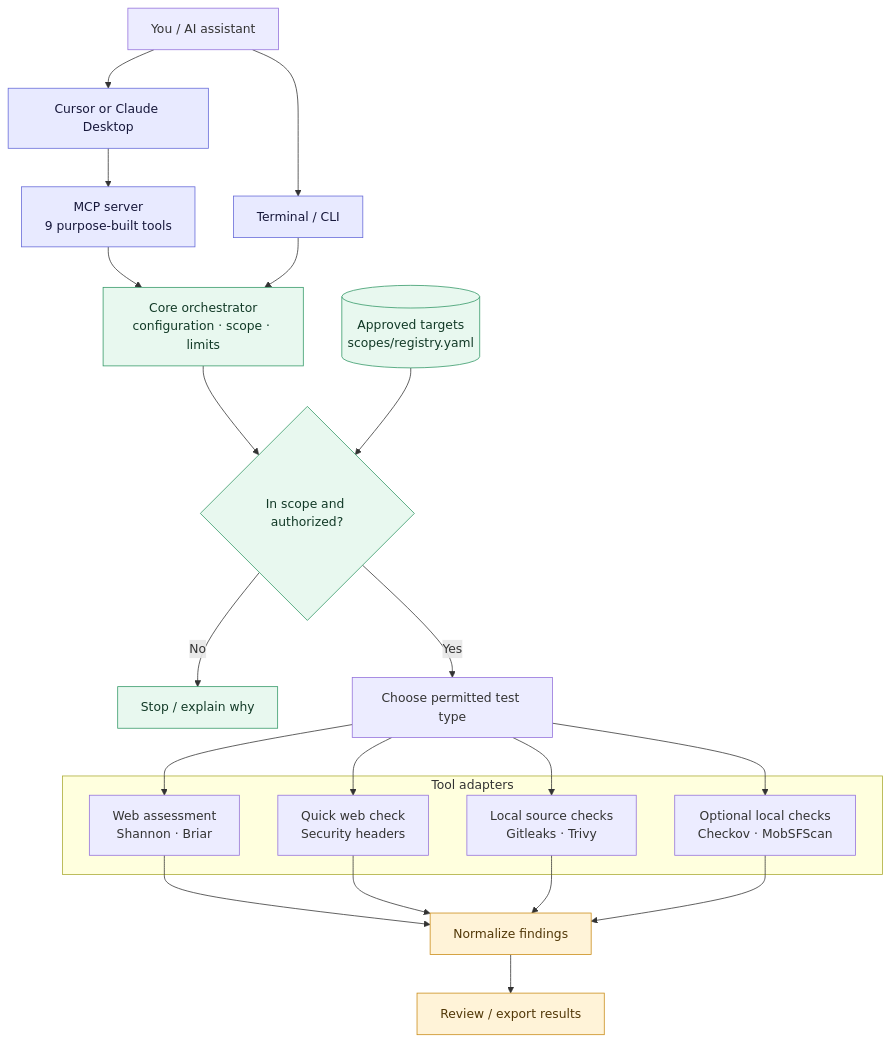
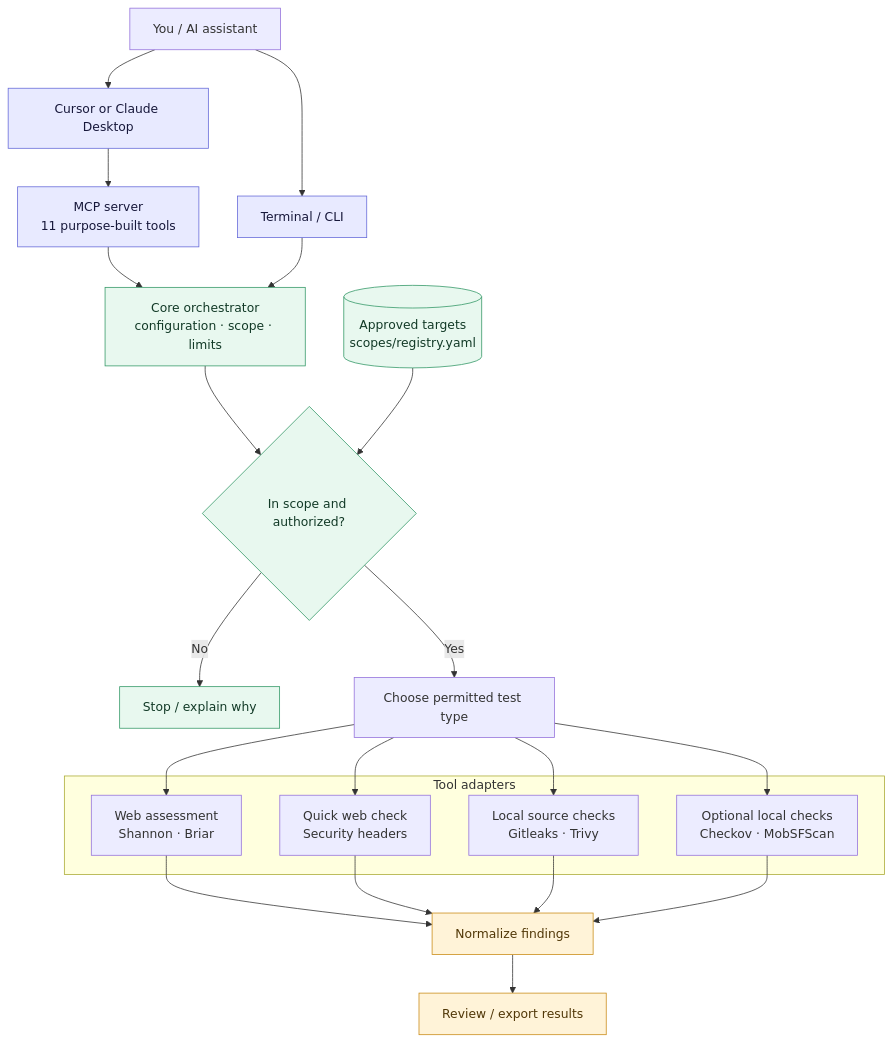
Before and after one commit to eneelkant/pen-testing: the first of 3 diagrams in README.md, drawn with Mermaid. The commit also changed other lines of this file and 27 other files, not shown here.

````diff
--- a/README.md
+++ b/README.md
@@ -36,47 +36,47 @@
 ```mermaid
 flowchart TB
     HUMAN["You / AI assistant"]
     CLIENT["Cursor or Claude Desktop"]
     CLI["Terminal / CLI"]
 
-    MCP["MCP server<br/>9 purpose-built tools"]
+    MCP["MCP server<br/>11 purpose-built tools"]
     CORE["Core orchestrator<br/>configuration · scope · limits"]
     SCOPE[("Approved targets<br/>scopes/registry.yaml")]
     GATE{"In scope and authorized?"}
 
     subgraph ADAPTERS["Tool adapters"]
       WEB["Web assessment<br/>Shannon · Briar"]
       QUICK["Quick web check<br/>Security headers"]
       SOURCE["Local source checks<br/>Gitleaks · Trivy"]
       OPTIONAL["Optional local checks<br/>Checkov · MobSFScan"]
     end
 
     NORMALIZE["Normalize findings"]
     REPORTS["Review / export results"]
 
     HUMAN --> CLIENT
     HUMAN --> CLI
     CLIENT --> MCP
     MCP --> CORE
     CLI --> CORE
     CORE --> GATE
     SCOPE --> GATE
     GATE -- "No" --> BLOCK["Stop / explain why"]
     GATE -- "Yes" --> ROUTER["Choose permitted test type"]
     ROUTER --> WEB
     ROUTER --> QUICK
     ROUTER --> SOURCE
     ROUTER --> OPTIONAL
     WEB --> NORMALIZE
     QUICK --> NORMALIZE
     SOURCE --> NORMALIZE
     OPTIONAL --> NORMALIZE
     NORMALIZE --> REPORTS
 
     classDef entry fill:#e8eaff,stroke:#6468d8,color:#17183b;
     classDef safe fill:#e8f8ef,stroke:#329866,color:#123a27;
     classDef result fill:#fff3d8,stroke:#c98b16,color:#513707;
     class CLIENT,CLI,MCP entry;
     class SCOPE,GATE,CORE,BLOCK safe;
     class NORMALIZE,REPORTS result;
 ```
````
